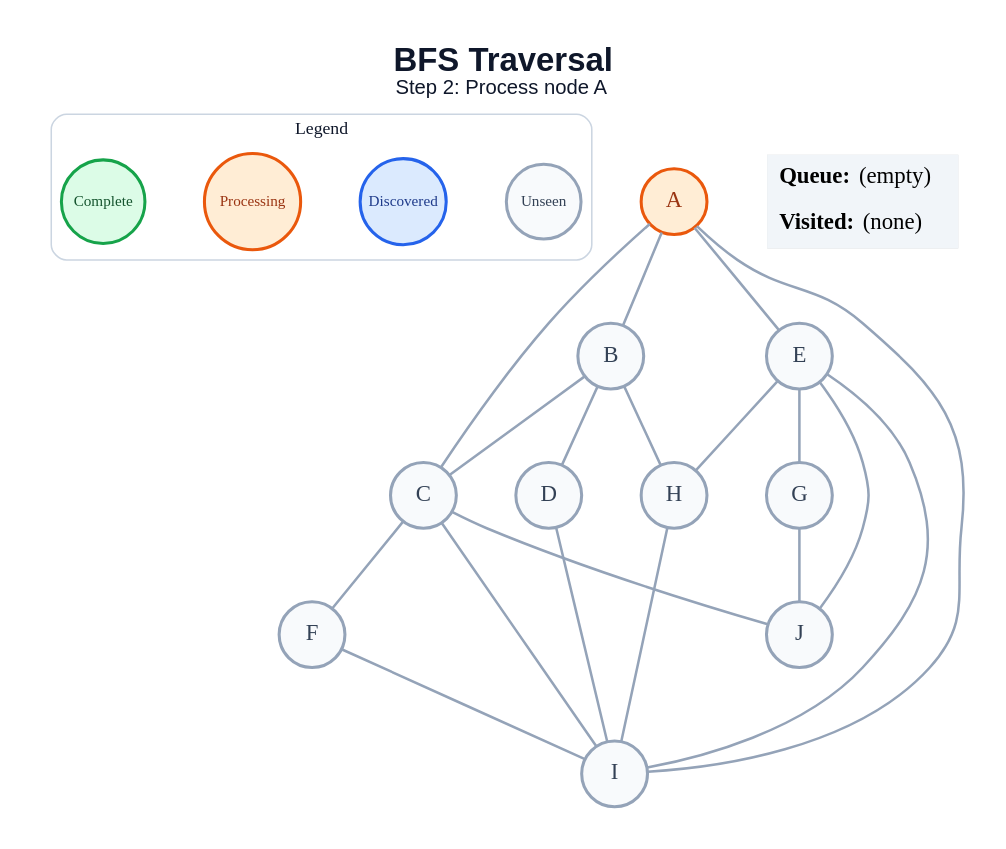
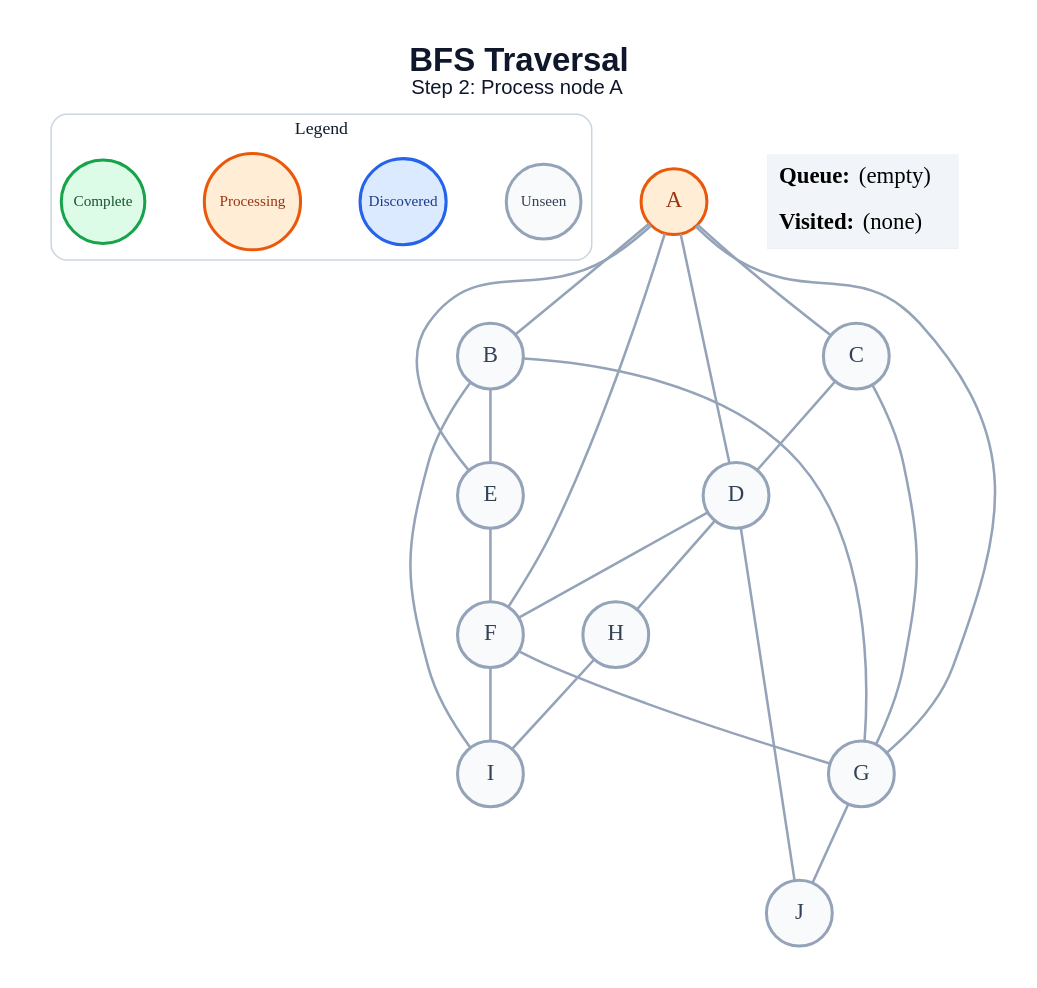
Before and after one commit to amanghodawala9/ai-slop: the diagram in generated/bfs/step_02.dot, drawn with Graphviz. The commit also changed 178 other files, not shown here.

```diff
--- a/generated/bfs/step_02.dot
+++ b/generated/bfs/step_02.dot
@@ -1,47 +1,48 @@
 graph traversal {
   graph [layout=dot, rankdir=TB, bgcolor="#FFFFFF", pad="0.35", nodesep="0.65", ranksep="0.8", fontname="Arial"];
   node [shape=circle, style="filled", fontname="Arial Bold", fontsize=18, width=0.72, fixedsize=true, penwidth=2.4];
   edge [color="#94A3B8", penwidth=2.0];
   label=<<B>BFS Traversal</B><BR/><FONT POINT-SIZE="16">Step 2: Process node A</FONT>>; labelloc="t"; fontsize=26; fontname="Arial"; fontcolor="#0F172A";
   subgraph cluster_legend { label="Legend"; color="#CBD5E1"; penwidth=1.2; style="rounded"; fontsize=14; fontname="Arial Bold";
     key_unseen [label="Unseen", fillcolor="#F8FAFC", color="#94A3B8", fontcolor="#334155", fontsize=12, width=0.82];
     key_frontier [label="Discovered", fillcolor="#DBEAFE", color="#2563EB", fontcolor="#1E3A8A", fontsize=12, width=0.95];
     key_current [label="Processing", fillcolor="#FFEDD5", color="#EA580C", fontcolor="#9A3412", fontsize=12, width=1.05];
     key_done [label="Complete", fillcolor="#DCFCE7", color="#16A34A", fontcolor="#14532D", fontsize=12, width=0.92];
     { rank=same; key_unseen; key_frontier; key_current; key_done; }
   }
   A [fillcolor="#FFEDD5", color="#EA580C", fontcolor="#9A3412"];
   B [fillcolor="#F8FAFC", color="#94A3B8", fontcolor="#334155"];
   C [fillcolor="#F8FAFC", color="#94A3B8", fontcolor="#334155"];
   D [fillcolor="#F8FAFC", color="#94A3B8", fontcolor="#334155"];
   E [fillcolor="#F8FAFC", color="#94A3B8", fontcolor="#334155"];
   F [fillcolor="#F8FAFC", color="#94A3B8", fontcolor="#334155"];
   G [fillcolor="#F8FAFC", color="#94A3B8", fontcolor="#334155"];
   H [fillcolor="#F8FAFC", color="#94A3B8", fontcolor="#334155"];
   I [fillcolor="#F8FAFC", color="#94A3B8", fontcolor="#334155"];
   J [fillcolor="#F8FAFC", color="#94A3B8", fontcolor="#334155"];
   A -- B;
   A -- C;
+  A -- D;
   A -- E;
-  A -- I;
-  B -- C;
-  B -- D;
-  B -- H;
-  C -- F;
-  C -- I;
-  C -- J;
-  D -- I;
-  E -- G;
-  E -- H;
-  E -- I;
-  E -- J;
+  A -- F;
+  A -- G;
+  B -- E;
+  B -- G;
+  B -- I;
+  C -- D;
+  C -- G;
+  D -- F;
+  D -- H;
+  D -- J;
+  E -- F;
+  F -- G;
   F -- I;
   G -- J;
   H -- I;
   status [shape=plain, fixedsize=false, width=0, height=0, margin=0, label=<
     <TABLE BORDER="0" CELLBORDER="0" CELLPADDING="7" BGCOLOR="#F1F5F9">
       <TR><TD ALIGN="LEFT"><B>Queue:</B> (empty)</TD></TR>
       <TR><TD ALIGN="LEFT"><B>Visited:</B> (none)</TD></TR>
     </TABLE>
   >];
 }
```
